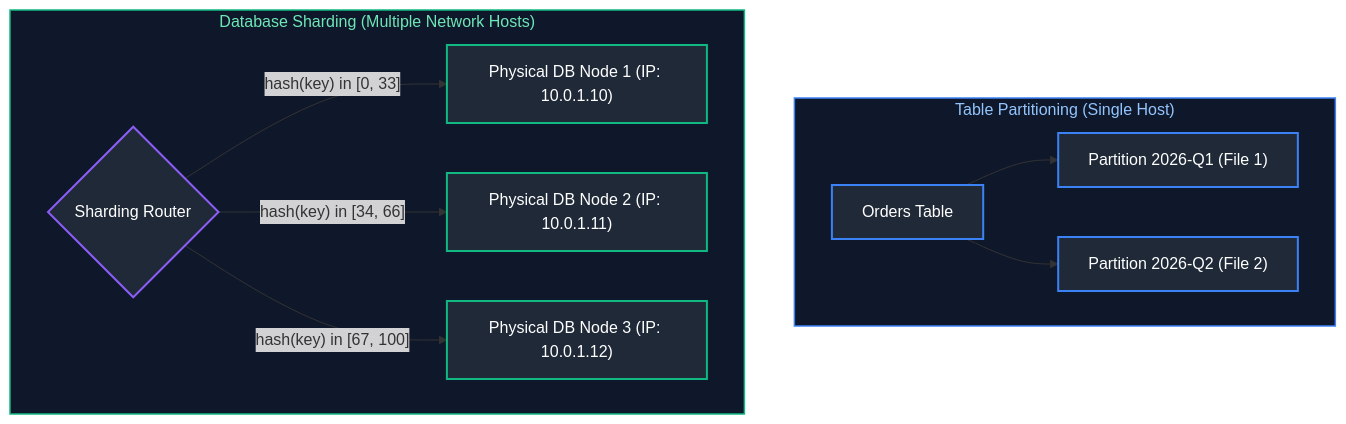
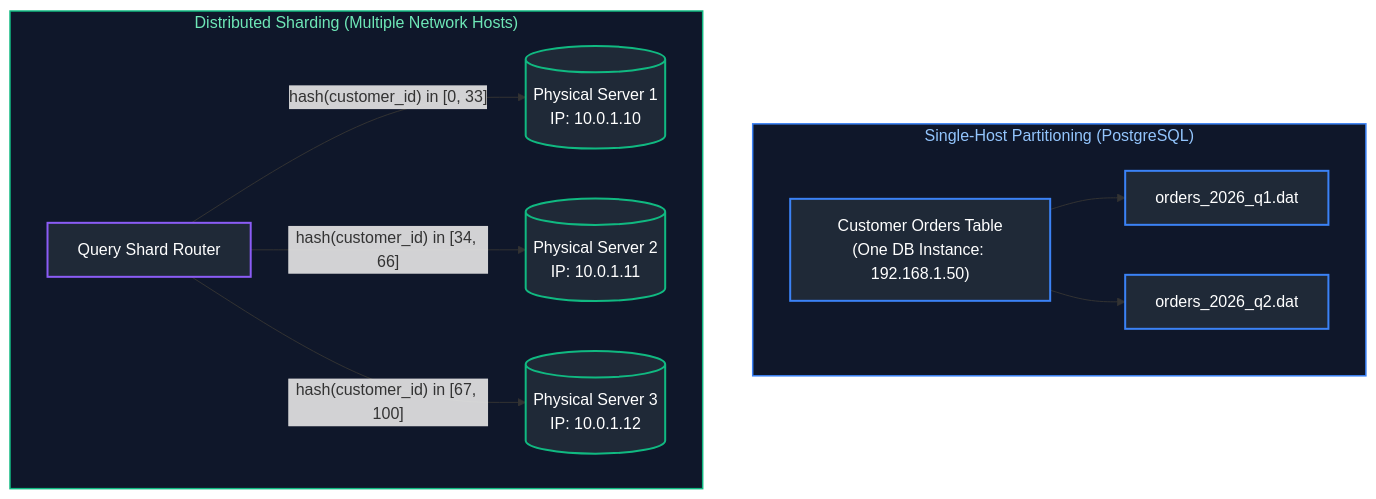
Before and after one commit to joydeep-biswas/Interview-Preparation: the eighth of 19 diagrams in Data Engineering/05_distributed_systems_and_apis.md, drawn with Mermaid. The commit also changed other lines of this file and 143 other files, not shown here.

````diff
--- a/Data Engineering/05_distributed_systems_and_apis.md
+++ b/Data Engineering/05_distributed_systems_and_apis.md
@@ -507,25 +535,25 @@
 ```mermaid
 flowchart TD
-    subgraph SingleHost ["Table Partitioning (Single Host)"]
-        T[Orders Table] --> P1["Partition 2026-Q1 (File 1)"]
-        T --> P2["Partition 2026-Q2 (File 2)"]
+    subgraph SingleHost ["Single-Host Partitioning (PostgreSQL)"]
+        ParentTable["Customer Orders Table<br/>(One DB Instance: 192.168.1.50)"]
+        ParentTable --> File1["orders_2026_q1.dat"]
+        ParentTable --> File2["orders_2026_q2.dat"]
     end
 
-    subgraph DistributedCluster ["Database Sharding (Multiple Network Hosts)"]
-        Router{Sharding Router}
-        Router -->|"hash(key) in [0, 33]"| Shard1["Physical DB Node 1 (IP: 10.0.1.10)"]
-        Router -->|"hash(key) in [34, 66]"| Shard2["Physical DB Node 2 (IP: 10.0.1.11)"]
-        Router -->|"hash(key) in [67, 100]"| Shard3["Physical DB Node 3 (IP: 10.0.1.12)"]
+    subgraph ShardedCluster ["Distributed Sharding (Multiple Network Hosts)"]
+        Router["Query Shard Router"]
+        Router -->|"hash(customer_id) in [0, 33]"| DB1[("Physical Server 1<br/>IP: 10.0.1.10")]
+        Router -->|"hash(customer_id) in [34, 66]"| DB2[("Physical Server 2<br/>IP: 10.0.1.11")]
+        Router -->|"hash(customer_id) in [67, 100]"| DB3[("Physical Server 3<br/>IP: 10.0.1.12")]
     end
 
     style SingleHost fill:#0f172a,stroke:#3b82f6,stroke-width:1.5px,color:#93c5fd
-    style DistributedCluster fill:#0f172a,stroke:#10b981,stroke-width:1.5px,color:#6ee7b7
-
-    style T fill:#1f2937,stroke:#3b82f6,stroke-width:2px,color:#fff
-    style P1 fill:#1f2937,stroke:#3b82f6,stroke-width:2px,color:#fff
-    style P2 fill:#1f2937,stroke:#3b82f6,stroke-width:2px,color:#fff
+    style ShardedCluster fill:#0f172a,stroke:#10b981,stroke-width:1.5px,color:#6ee7b7
+    style ParentTable fill:#1f2937,stroke:#3b82f6,stroke-width:2px,color:#fff
+    style File1 fill:#1f2937,stroke:#3b82f6,stroke-width:2px,color:#fff
+    style File2 fill:#1f2937,stroke:#3b82f6,stroke-width:2px,color:#fff
     style Router fill:#1f2937,stroke:#8b5cf6,stroke-width:2px,color:#fff
-    style Shard1 fill:#1f2937,stroke:#10b981,stroke-width:2px,color:#fff
-    style Shard2 fill:#1f2937,stroke:#10b981,stroke-width:2px,color:#fff
-    style Shard3 fill:#1f2937,stroke:#10b981,stroke-width:2px,color:#fff
+    style DB1 fill:#1f2937,stroke:#10b981,stroke-width:2px,color:#fff
+    style DB2 fill:#1f2937,stroke:#10b981,stroke-width:2px,color:#fff
+    style DB3 fill:#1f2937,stroke:#10b981,stroke-width:2px,color:#fff
 ```
````
